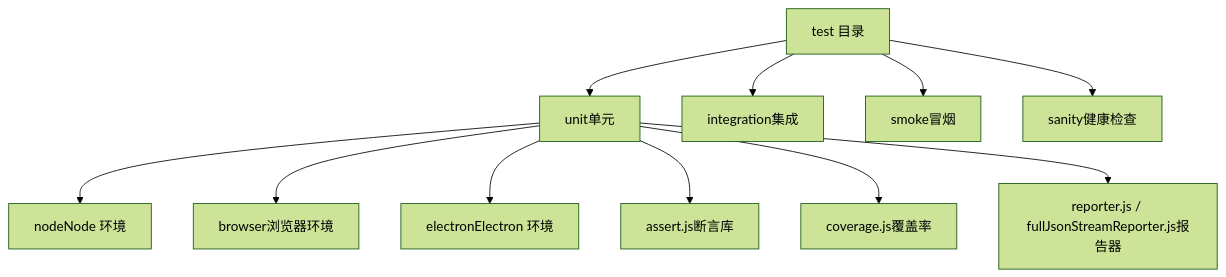
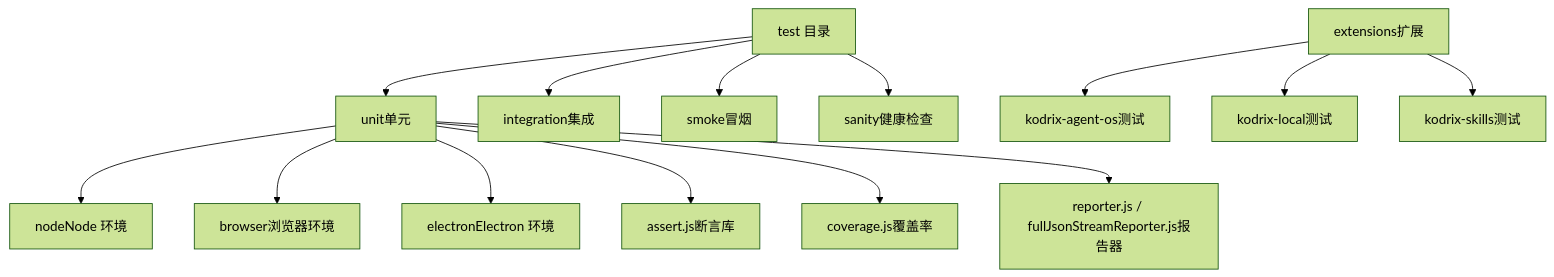
The first of 8 diagrams in .qoder/repowiki/zh/content/测试策略/单元测试.md (sofate798/KodrixCode), drawn with Mermaid (forest theme) before and after one commit. The commit also changed other lines of this file and 84 other files, not shown here.

````diff
--- a/.qoder/repowiki/zh/content/测试策略/单元测试.md
+++ b/.qoder/repowiki/zh/content/测试策略/单元测试.md
@@ -39,13 +49,16 @@
 ```mermaid
 graph TB
 A["test 目录"] --> B["unit单元"]
 A --> C["integration集成"]
 A --> D["smoke冒烟"]
 A --> E["sanity健康检查"]
 B --> B1["nodeNode 环境"]
 B --> B2["browser浏览器环境"]
 B --> B3["electronElectron 环境"]
 B --> F["assert.js断言库"]
 B --> G["coverage.js覆盖率"]
 B --> H["reporter.js / fullJsonStreamReporter.js报告器"]
+I["extensions扩展"] --> I1["kodrix-agent-os测试"]
+I --> I2["kodrix-local测试"]
+I --> I3["kodrix-skills测试"]
 ```
````
